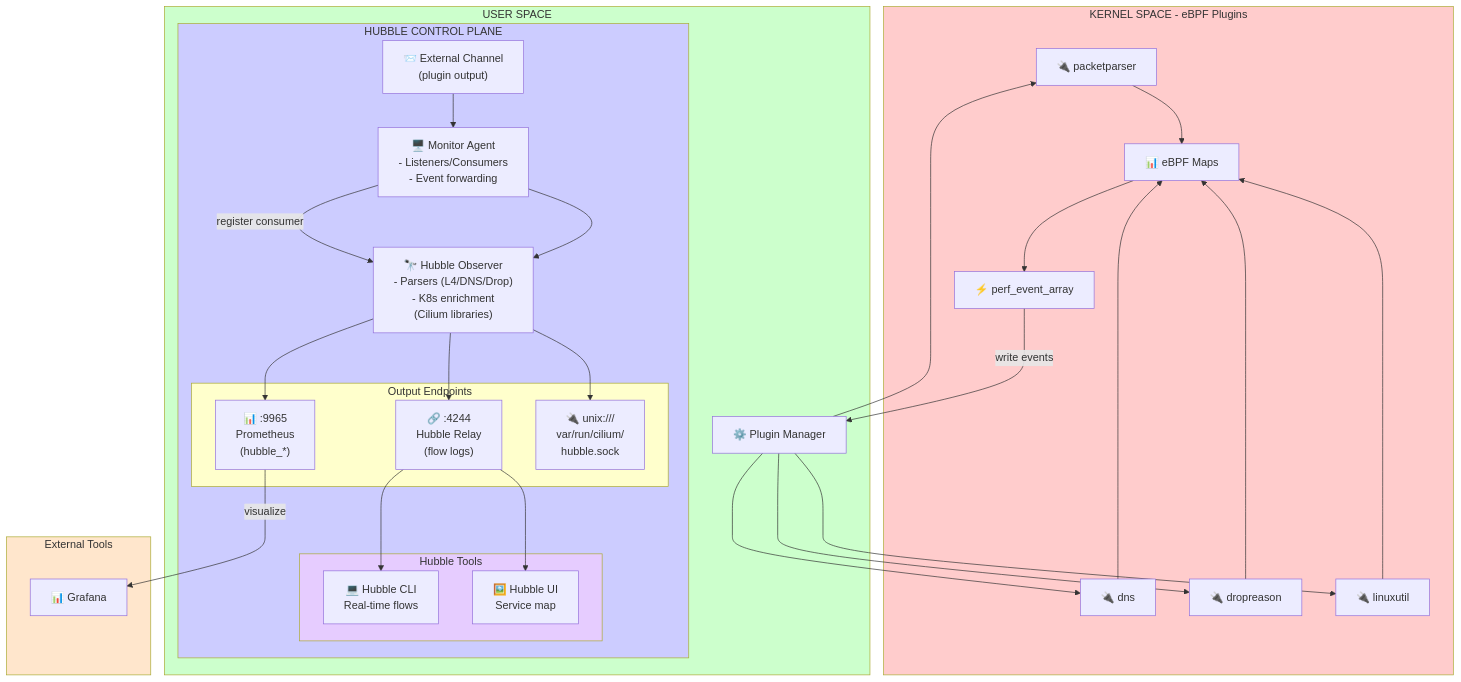
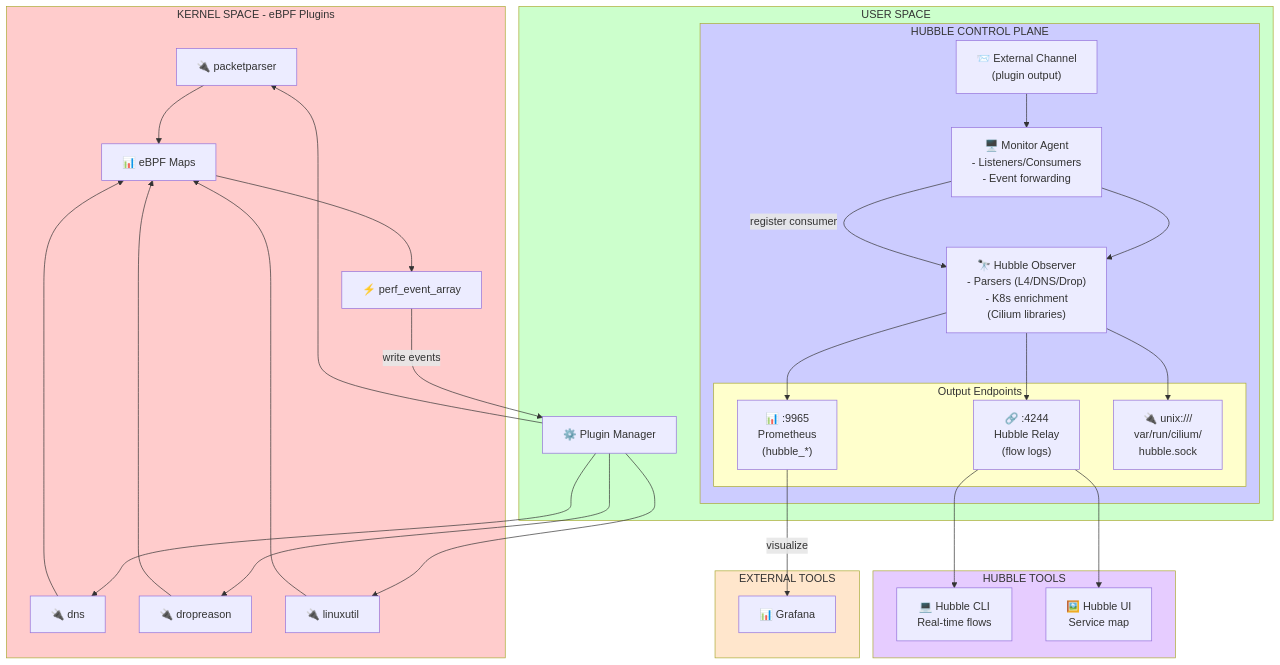
The diagram in analyse/04-hubble-control-plane-diagram.mmd (skurtzemann/retina), drawn with Mermaid before and after one commit. The commit also changed 1 other file, not shown here.

Commit message:
docs(): improve 04-hubble-control-plane-diagram

```diff
--- a/analyse/04-hubble-control-plane-diagram.mmd
+++ b/analyse/04-hubble-control-plane-diagram.mmd
@@ -1,65 +1,65 @@
 flowchart TD
     subgraph KERNEL["KERNEL SPACE - eBPF Plugins"]
         P1["🔌 packetparser"]
         P2["🔌 dns"]
         P3["🔌 dropreason"]
         P4["🔌 linuxutil"]
         
         MAPS_ICON["📊 eBPF Maps"]
         PERF["⚡ perf_event_array"]
         
         P1 --> MAPS_ICON
         P2 --> MAPS_ICON
         P3 --> MAPS_ICON
         P4 --> MAPS_ICON
         MAPS_ICON --> PERF
     end
     
     subgraph USER["USER SPACE"]
         PM["⚙️ Plugin Manager"]
         
         subgraph HUBBLE["HUBBLE CONTROL PLANE"]
             EXT_CH["📨 External Channel<br/>(plugin output)"]
             MA["🖥️ Monitor Agent<br/>- Listeners/Consumers<br/>- Event forwarding"]
             HO["🔭 Hubble Observer<br/>- Parsers (L4/DNS/Drop)<br/>- K8s enrichment<br/>(Cilium libraries)"]
             
             subgraph OUTPUT["Output Endpoints"]
                 PROM["📊 :9965<br/>Prometheus<br/>(hubble_*)"]
                 RELAY["🔗 :4244<br/>Hubble Relay<br/>(flow logs)"]
                 SOCK["🔌 unix:///<br/>var/run/cilium/<br/>hubble.sock"]
             end
             
-            subgraph TOOLS["Hubble Tools"]
-                CLI["💻 Hubble CLI<br/>Real-time flows"]
-                UI["🖼️ Hubble UI<br/>Service map"]
-            end
-            
             EXT_CH --> MA
             MA --> HO
             MA -->|register consumer| HO
             HO --> PROM
             HO --> RELAY
             HO --> SOCK
-            RELAY --> CLI
-            RELAY --> UI
         end
         
         PERF -->|write events| PM
         PM --> P1
         PM --> P2
         PM --> P3
         PM --> P4
     end
     
-    subgraph EXTERNAL["External Tools"]
+    subgraph HUBBLE_TOOLS["HUBBLE TOOLS"]
+        CLI["💻 Hubble CLI<br/>Real-time flows"]
+        UI["🖼️ Hubble UI<br/>Service map"]
+    end
+    
+    subgraph EXTERNAL["EXTERNAL TOOLS"]
         GRAFANA["📊 Grafana"]
     end
     
+    RELAY --> CLI
+    RELAY --> UI
     PROM -->|visualize| GRAFANA
     
     style KERNEL fill:#ffcccc
     style USER fill:#ccffcc
     style HUBBLE fill:#ccccff
     style OUTPUT fill:#ffffcc
-    style TOOLS fill:#e6ccff
+    style HUBBLE_TOOLS fill:#e6ccff
     style EXTERNAL fill:#ffe6cc
```
